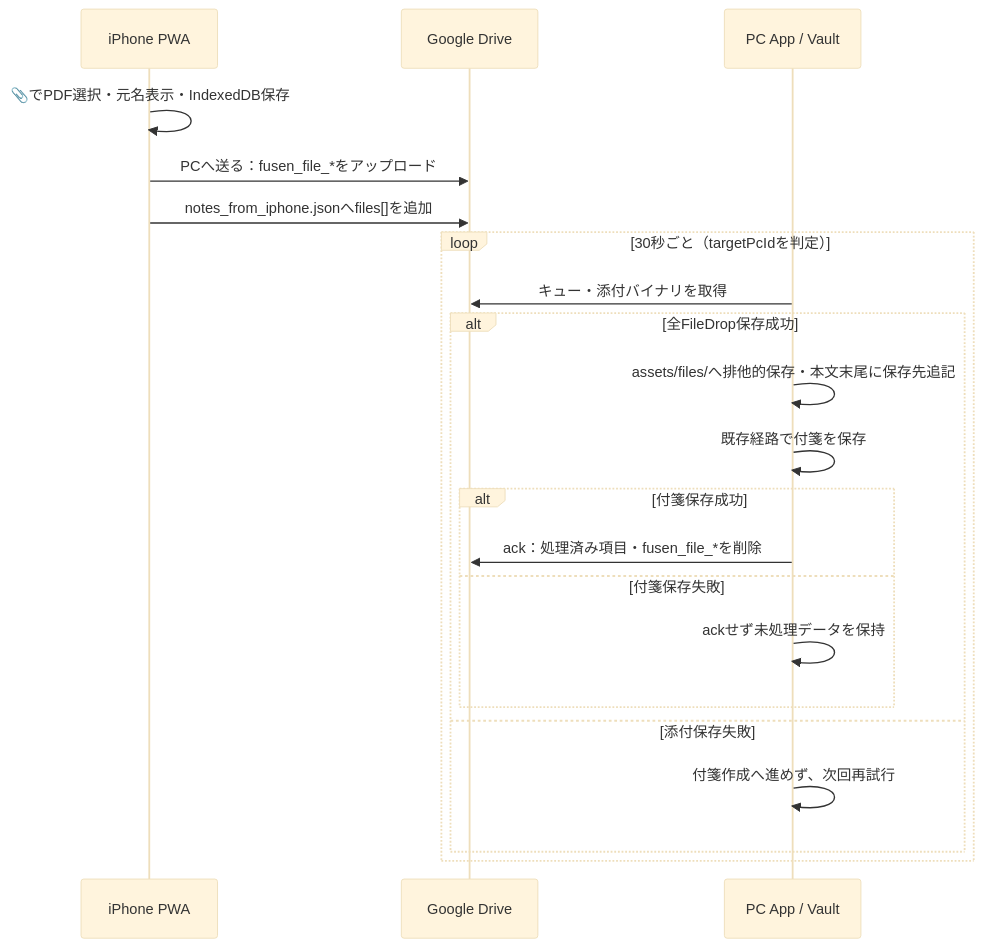
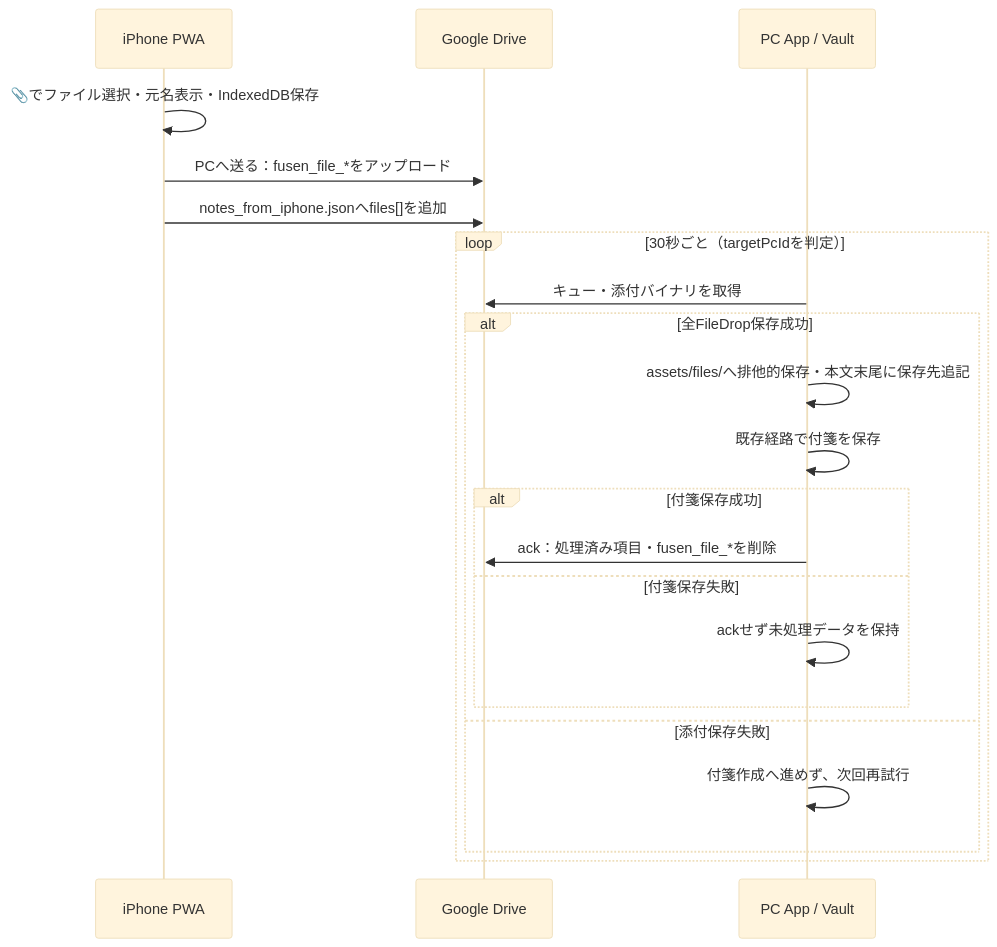
The tenth of 10 diagrams in docs-v2/003_IPHONE.md (ore-no-fusen/ore-no-fusen), drawn with Mermaid (base theme) before and after one commit. The commit also changed other lines of this file and 5 other files, not shown here.

````diff
--- a/docs-v2/003_IPHONE.md
+++ b/docs-v2/003_IPHONE.md
@@ -1352,23 +1352,23 @@
 ```mermaid
 sequenceDiagram
     participant PWA as iPhone PWA
     participant Drive as Google Drive
     participant PC as PC App / Vault
-    PWA->>PWA: 📎でPDF選択・元名表示・IndexedDB保存
+    PWA->>PWA: 📎でファイル選択・元名表示・IndexedDB保存
     PWA->>Drive: PCへ送る：fusen_file_*をアップロード
     PWA->>Drive: notes_from_iphone.jsonへfiles[]を追加
     loop 30秒ごと（targetPcIdを判定）
         PC->>Drive: キュー・添付バイナリを取得
         alt 全FileDrop保存成功
             PC->>PC: assets/files/へ排他的保存・本文末尾に保存先追記
             PC->>PC: 既存経路で付箋を保存
             alt 付箋保存成功
                 PC->>Drive: ack：処理済み項目・fusen_file_*を削除
             else 付箋保存失敗
                 PC->>PC: ackせず未処理データを保持
             end
         else 添付保存失敗
             PC->>PC: 付箋作成へ進めず、次回再試行
         end
     end
 ```
````
